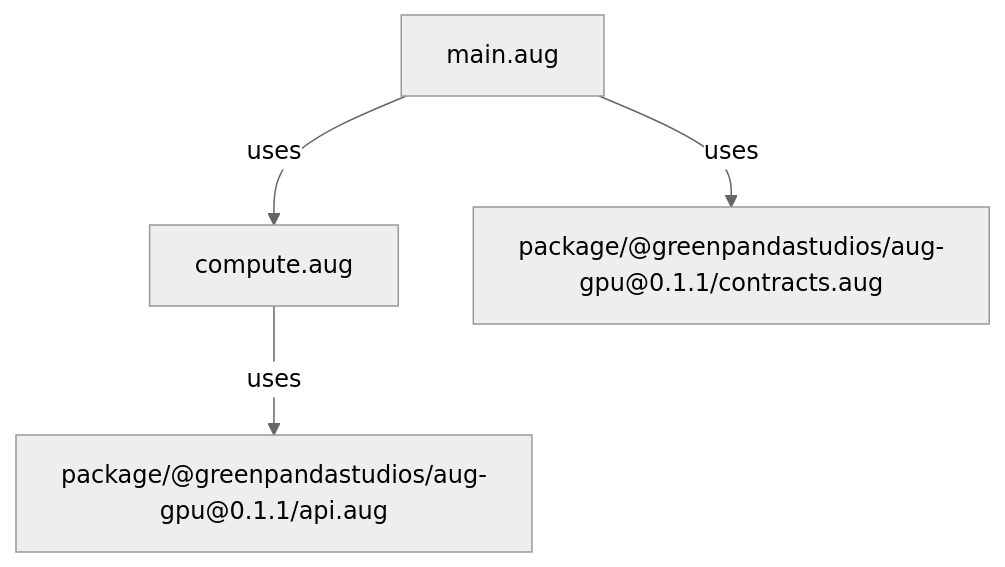
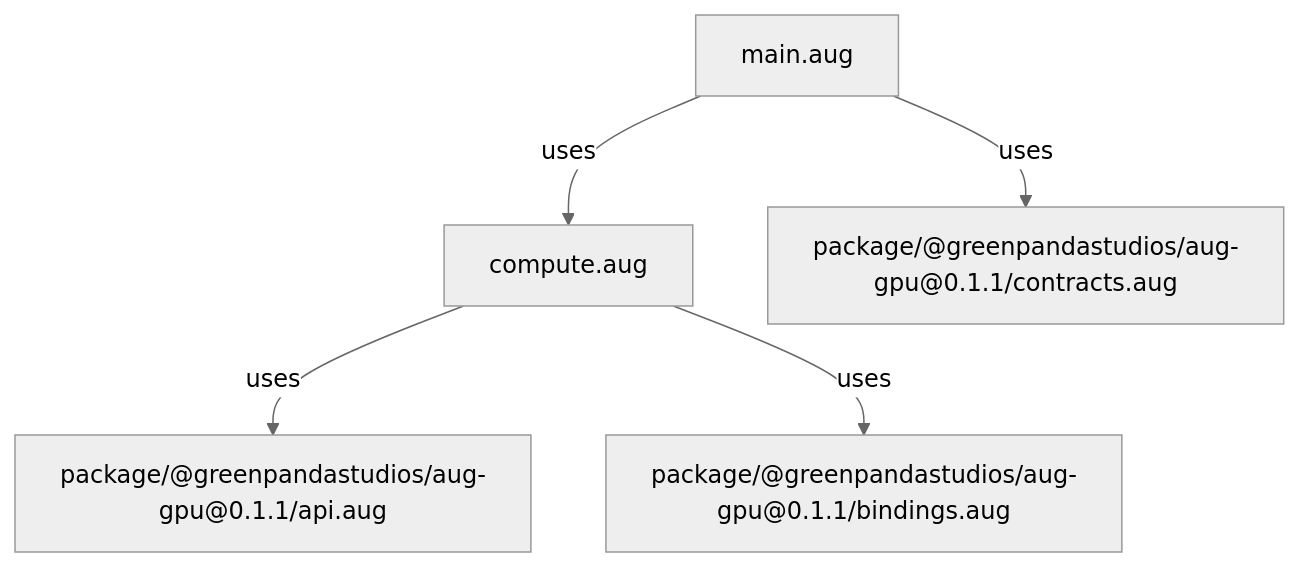
One commit to GreenPandaStudios/augscript changed the second of 2 diagrams in docs/examples/native-gpu/diagrams/index.md. Above: the diagram before and after it, drawn with Mermaid (neutral theme). The commit also changed other lines of this file and 289 other files, not shown here.

Commit message:
Correct diagram control flow and complete generated wiki navigation

````diff
--- a/docs/examples/native-gpu/diagrams/index.md
+++ b/docs/examples/native-gpu/diagrams/index.md
@@ -30,10 +30,12 @@
 ```mermaid
 flowchart TD
     n0["compute.aug"]
     n1["main.aug"]
     n2["package/@greenpandastudios/aug-gpu@0.1.1/api.aug"]
-    n3["package/@greenpandastudios/aug-gpu@0.1.1/contracts.aug"]
+    n3["package/@greenpandastudios/aug-gpu@0.1.1/bindings.aug"]
+    n4["package/@greenpandastudios/aug-gpu@0.1.1/contracts.aug"]
     n0 -->|"uses"| n2
+    n0 -->|"uses"| n3
     n1 -->|"uses"| n0
-    n1 -->|"uses"| n3
+    n1 -->|"uses"| n4
 ```
````
